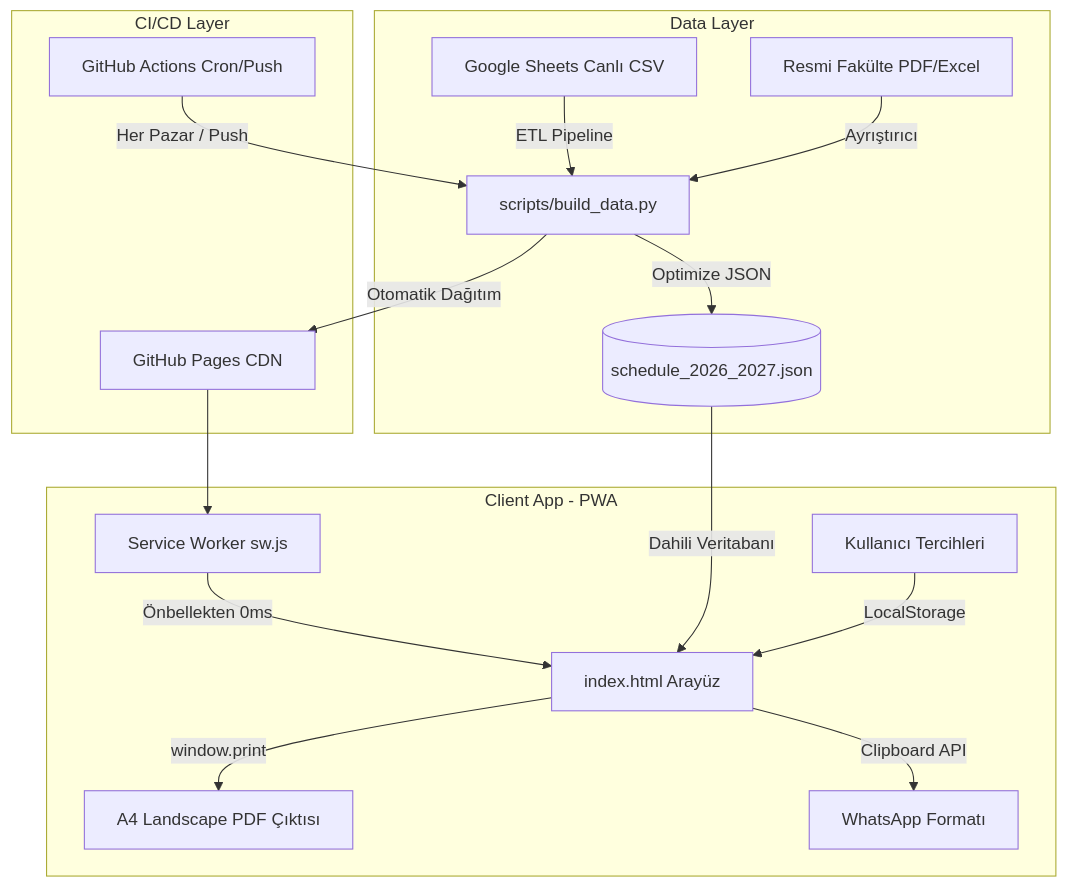
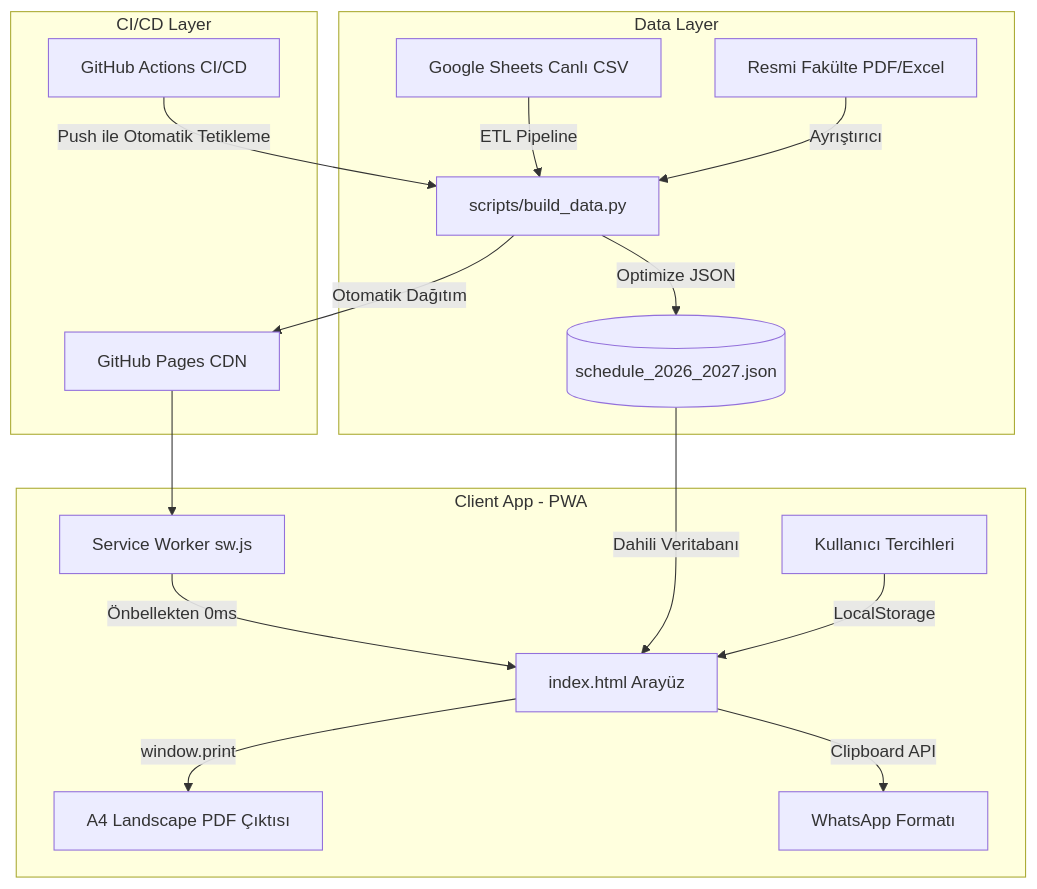
The diagram in docs/architecture.md (rabiaunllu/iu-tip-donem3), drawn with Mermaid before and after one commit. The commit also changed other lines of this file and 6 other files, not shown here.

````diff
--- a/docs/architecture.md
+++ b/docs/architecture.md
@@ -11,22 +11,22 @@
 ```mermaid
 graph TD
     subgraph Data Layer
         A[Google Sheets Canlı CSV] -->|ETL Pipeline| B[scripts/build_data.py]
         C[Resmi Fakülte PDF/Excel] -->|Ayrıştırıcı| B
         B -->|Optimize JSON| D[(schedule_2026_2027.json)]
     end
 
     subgraph CI/CD Layer
-        E[GitHub Actions Cron/Push] -->|Her Pazar / Push| B
+        E[GitHub Actions CI/CD] -->|Push ile Otomatik Tetikleme| B
         B -->|Otomatik Dağıtım| F[GitHub Pages CDN]
     end
 
     subgraph Client App - PWA
         F --> G[Service Worker sw.js]
         G -->|Önbellekten 0ms| H[index.html Arayüz]
         D -->|Dahili Veritabanı| H
         I[Kullanıcı Tercihleri] -->|LocalStorage| H
         H -->|window.print| J[A4 Landscape PDF Çıktısı]
         H -->|Clipboard API| K[WhatsApp Formatı]
     end
 ```
````
